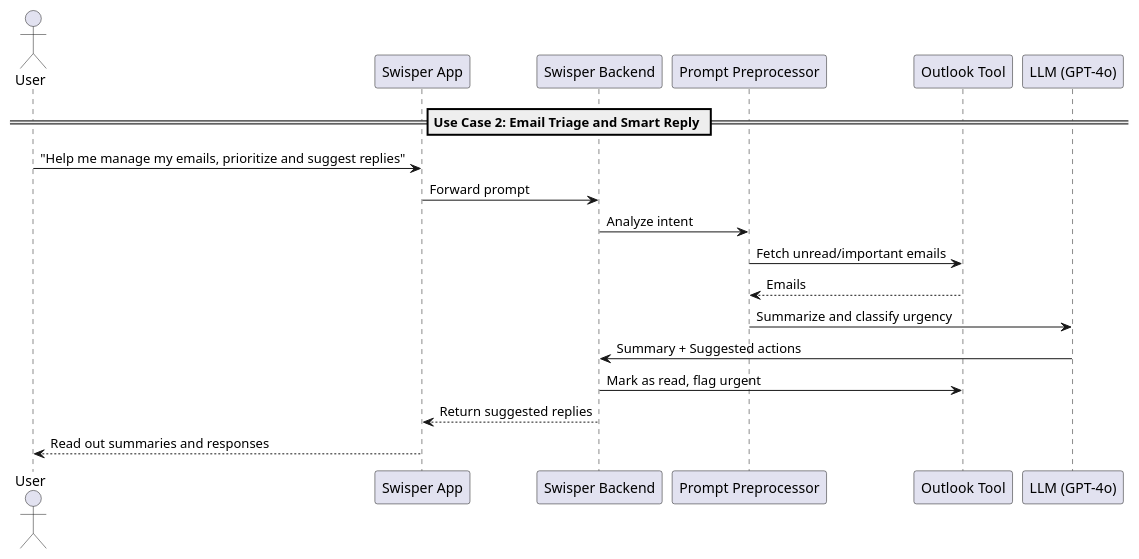
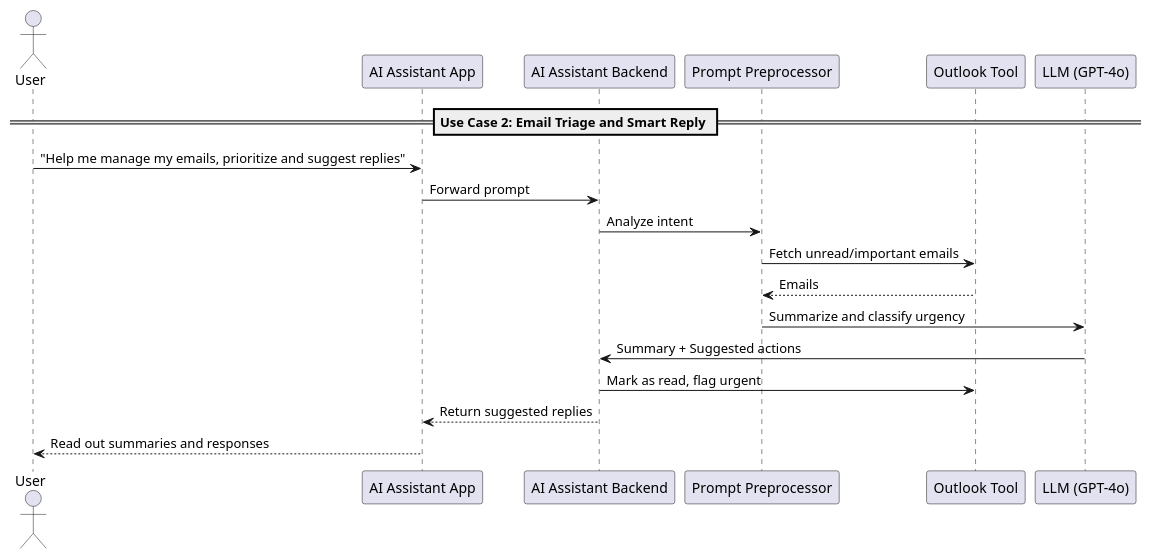
Before and after one commit to Sundi1972/Swisper_Core: the diagram in Architecture/use_case_2_2__email_triage_and_smart_reply.puml, drawn with PlantUML. The commit also changed 23 other files, not shown here.

```diff
--- a/Architecture/use_case_2_2__email_triage_and_smart_reply.puml
+++ b/Architecture/use_case_2_2__email_triage_and_smart_reply.puml
@@ -1,20 +1,20 @@
 @startuml
 == Use Case 2: Email Triage and Smart Reply ==
 actor User
-participant "Swisper App" as App2
-participant "Swisper Backend" as Backend2
+participant "AI Assistant App" as App2
+participant "AI Assistant Backend" as Backend2
 participant "Prompt Preprocessor" as Pre2
 participant "Outlook Tool" as Outlook
 participant "LLM (GPT-4o)" as LLM2
 
 User -> App2 : "Help me manage my emails, prioritize and suggest replies"
 App2 -> Backend2 : Forward prompt
 Backend2 -> Pre2 : Analyze intent
 Pre2 -> Outlook : Fetch unread/important emails
 Outlook --> Pre2 : Emails
 Pre2 -> LLM2 : Summarize and classify urgency
 LLM2 -> Backend2 : Summary + Suggested actions
 Backend2 -> Outlook : Mark as read, flag urgent
 Backend2 --> App2 : Return suggested replies
 App2 --> User : Read out summaries and responses
 @enduml
```
